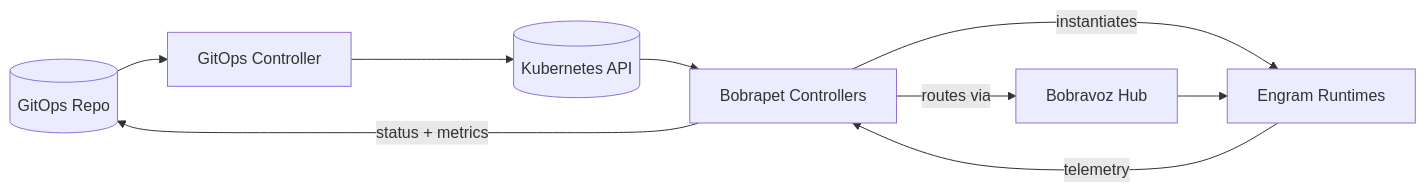
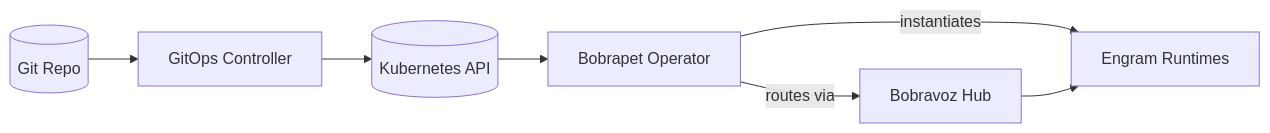
One commit to bubustack/website changed the diagram in docs/overview.md. Above: the diagram before and after it, drawn with Mermaid. The commit also changed other lines of this file and 120 other files, not shown here.

````diff
--- a/docs/overview.md
+++ b/docs/overview.md
@@ -138,16 +63,14 @@
 ```mermaid
 flowchart LR
-  git[(GitOps Repo)]
-  argo[GitOps Controller]
+  git[(Git Repo)]
+  gitops[GitOps Controller]
   api[(Kubernetes API)]
-  bobrapet[Bobrapet Controllers]
+  bobrapet[Bobrapet Operator]
   engrams[Engram Runtimes]
   transport[Bobravoz Hub]
 
-  git --> argo --> api --> bobrapet
+  git --> gitops --> api --> bobrapet
   bobrapet -->|instantiates| engrams
   bobrapet -->|routes via| transport
   transport --> engrams
-  engrams -->|telemetry| bobrapet
-  bobrapet -->|status + metrics| git
 ```
````
